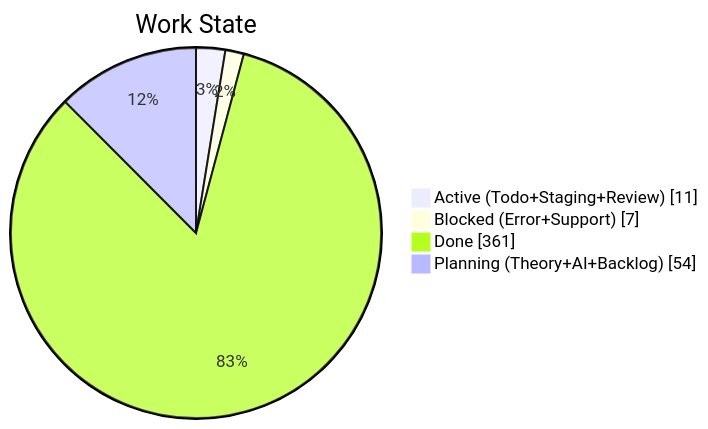
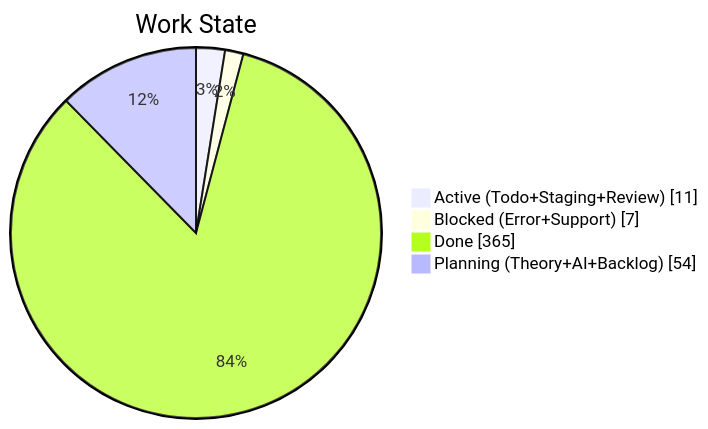
The second of 4 diagrams in apps/kbve/astro-kbve/src/content/docs/dashboard/kanban-data.mdx (KBVE/kbve), drawn with Mermaid before and after one commit. The commit also changed other lines of this file and 8 other files, not shown here.

````diff
--- a/apps/kbve/astro-kbve/src/content/docs/dashboard/kanban-data.mdx
+++ b/apps/kbve/astro-kbve/src/content/docs/dashboard/kanban-data.mdx
@@ -68,8 +68,8 @@
 ```mermaid
 pie showData
     title Work State
     "Active (Todo+Staging+Review)" : 11
     "Blocked (Error+Support)" : 7
-    "Done" : 361
+    "Done" : 365
     "Planning (Theory+AI+Backlog)" : 54
 ```
````
